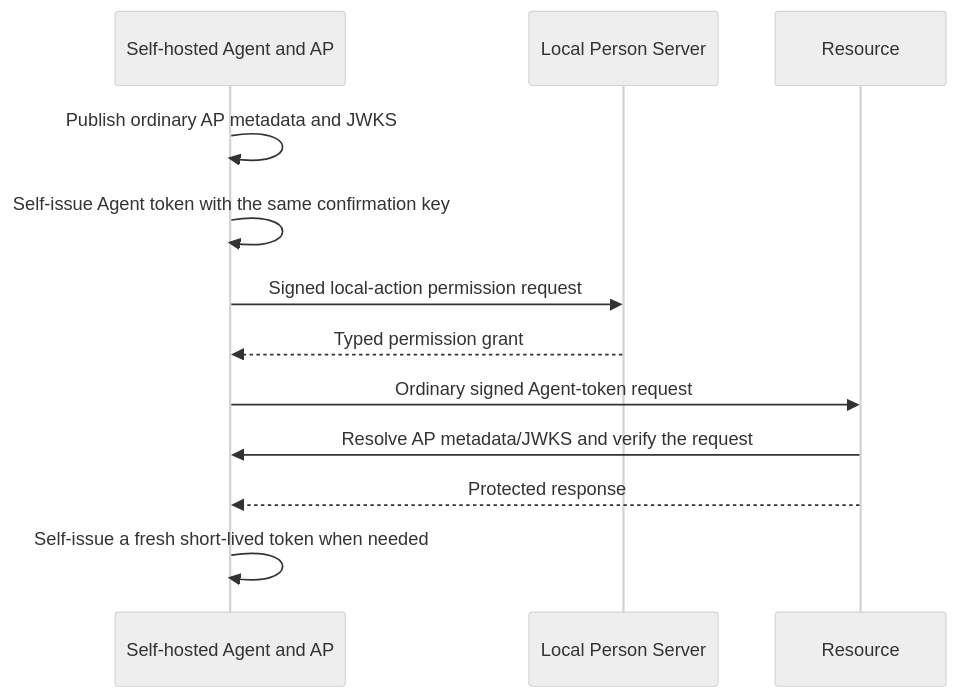
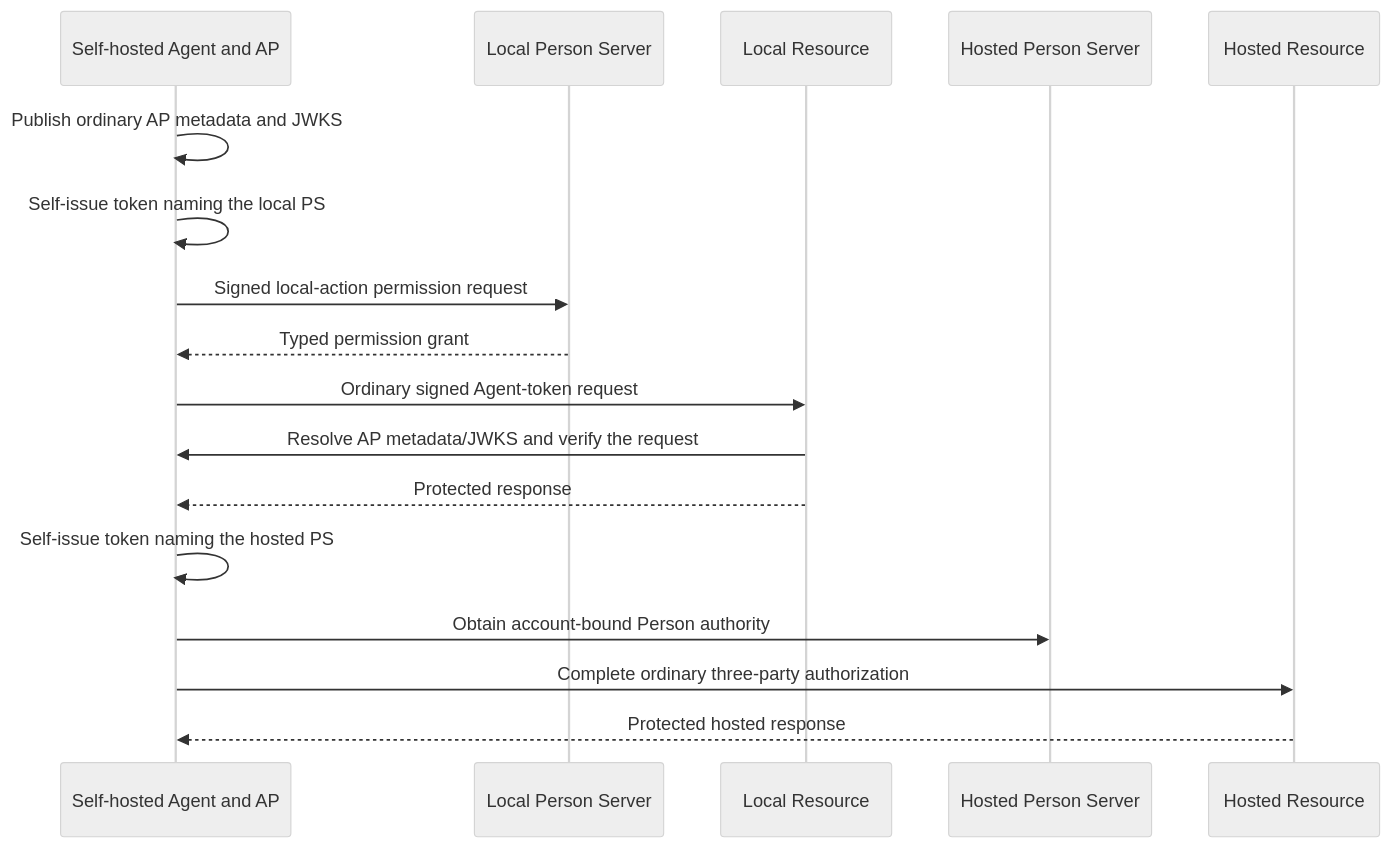
Diagram 11 of 11 in PROTOCOL.md (sidecat-dev/aauth-go), drawn with Mermaid (neutral theme) before and after one commit. The commit also changed other lines of this file and 7 other files, not shown here.

Commit message:
connect self-hosted agent to hosted account and resource

````diff
--- a/PROTOCOL.md
+++ b/PROTOCOL.md
@@ -491,14 +491,19 @@
 ```mermaid
 sequenceDiagram
     participant A as Self-hosted Agent and AP
     participant PS as Local Person Server
-    participant R as Resource
+    participant LR as Local Resource
+    participant HPS as Hosted Person Server
+    participant HR as Hosted Resource
     A->>A: Publish ordinary AP metadata and JWKS
-    A->>A: Self-issue Agent token with the same confirmation key
+    A->>A: Self-issue token naming the local PS
     A->>PS: Signed local-action permission request
     PS-->>A: Typed permission grant
-    A->>R: Ordinary signed Agent-token request
-    R->>A: Resolve AP metadata/JWKS and verify the request
-    R-->>A: Protected response
-    A->>A: Self-issue a fresh short-lived token when needed
+    A->>LR: Ordinary signed Agent-token request
+    LR->>A: Resolve AP metadata/JWKS and verify the request
+    LR-->>A: Protected response
+    A->>A: Self-issue token naming the hosted PS
+    A->>HPS: Obtain account-bound Person authority
+    A->>HR: Complete ordinary three-party authorization
+    HR-->>A: Protected hosted response
 ```
````
